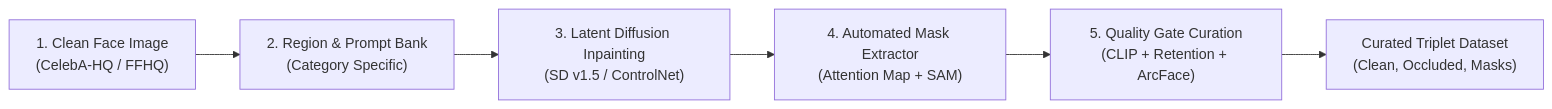
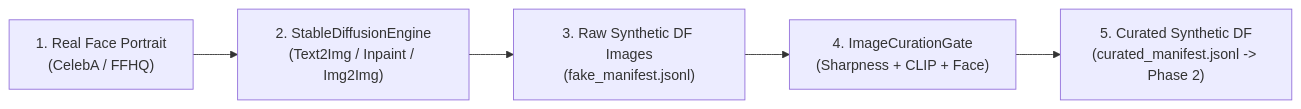
One commit to bush-le/uth-cv-coursework changed the diagram in docs/phases/PHASE_01_DIFFUSION_SYNTHESIS_SPEC.md. Above: the diagram before and after it, drawn with Mermaid. The commit also changed other lines of this file and 62 other files, not shown here.

````diff
--- a/docs/phases/PHASE_01_DIFFUSION_SYNTHESIS_SPEC.md
+++ b/docs/phases/PHASE_01_DIFFUSION_SYNTHESIS_SPEC.md
@@ -17,8 +15,7 @@
 ```mermaid
 flowchart LR
-    A["1. Clean Face Image<br/>(CelebA-HQ / FFHQ)"] --> B["2. Region & Prompt Bank<br/>(Category Specific)"]
-    B --> C["3. Latent Diffusion Inpainting<br/>(SD v1.5 / ControlNet)"]
-    C --> D["4. Automated Mask Extractor<br/>(Attention Map + SAM)"]
-    D --> E["5. Quality Gate Curation<br/>(CLIP + Retention + ArcFace)"]
-    E --> F["Curated Triplet Dataset<br/>(Clean, Occluded, Masks)"]
+    A["1. Real Face Portrait<br/>(CelebA / FFHQ)"] --> B["2. StableDiffusionEngine<br/>(Text2Img / Inpaint / Img2Img)"]
+    B --> C["3. Raw Synthetic DF Images<br/>(fake_manifest.jsonl)"]
+    C --> D["4. ImageCurationGate<br/>(Sharpness + CLIP + Face)"]
+    D --> E["5. Curated Synthetic DF<br/>(curated_manifest.jsonl -> Phase 2)"]
 ```
````
